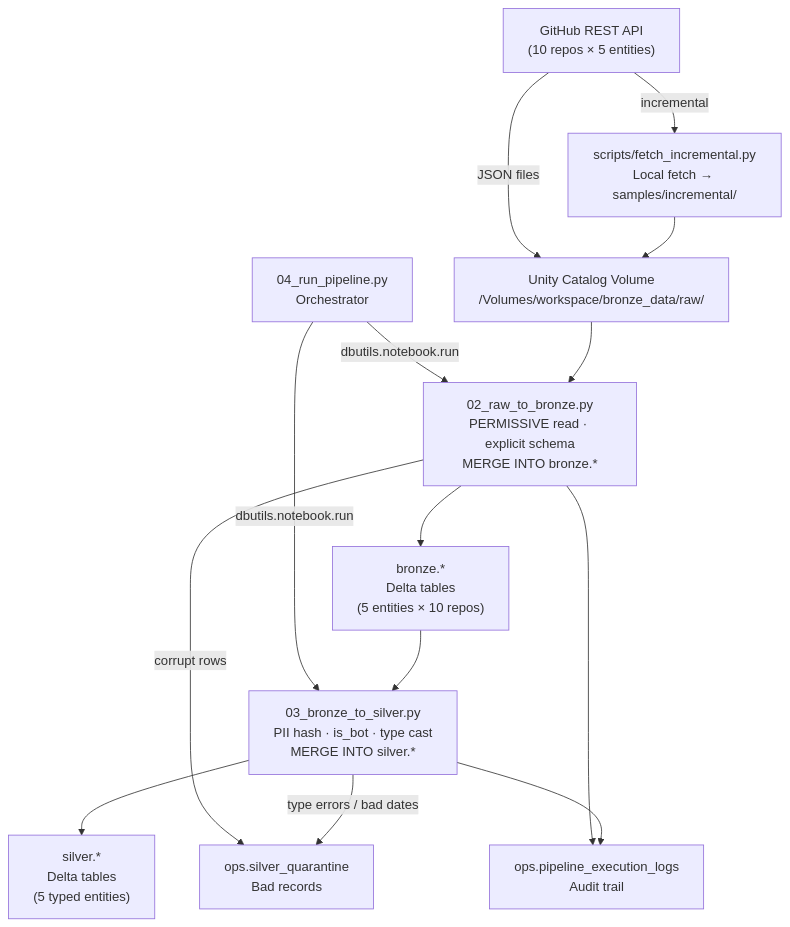
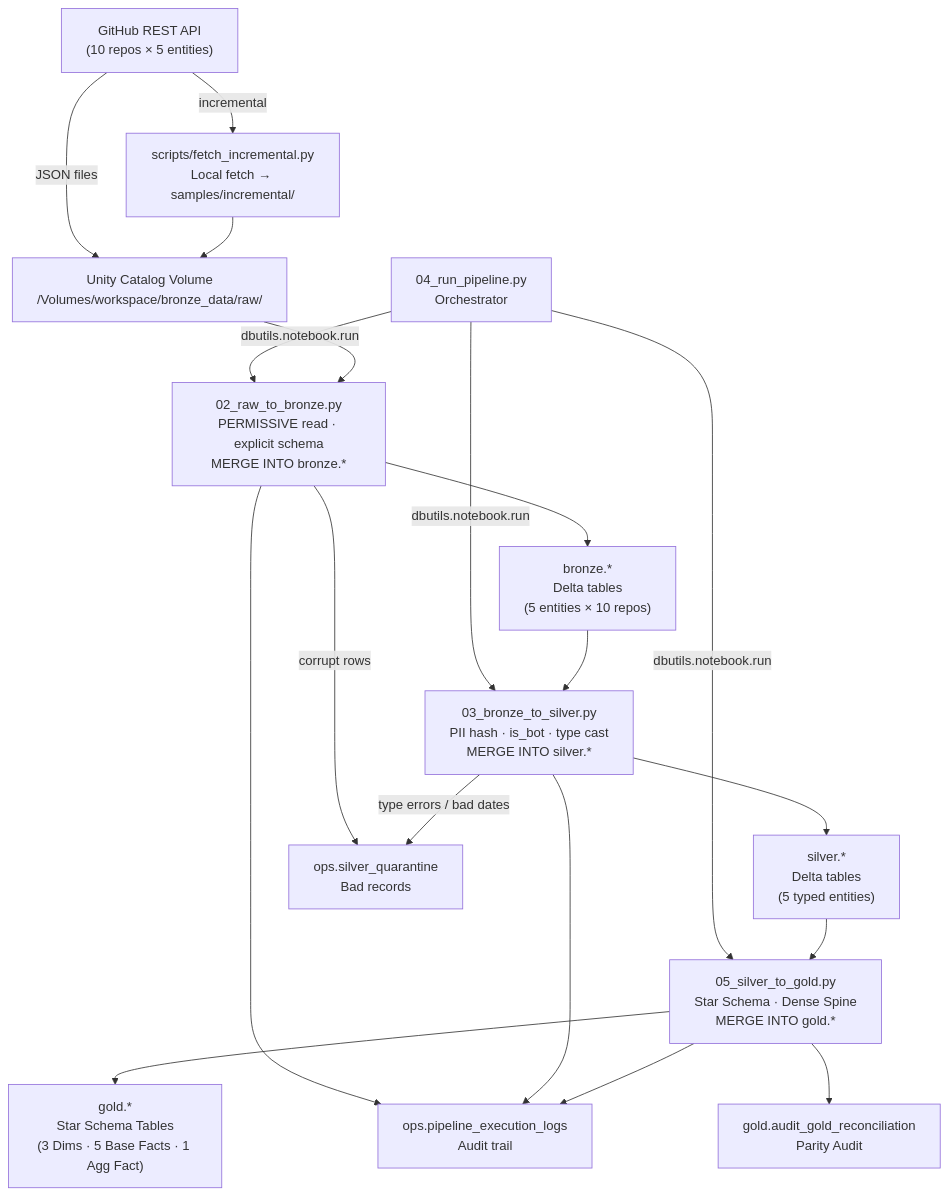
One commit to Safesearcher/dav-database-trends changed the diagram in README.md. Above: the diagram before and after it, drawn with Mermaid. The commit also changed other lines of this file and 9 other files, not shown here.

Commit message:
docs(gold): add Gold data dictionary, architectural decision notes, FinOps queries, Power BI handoff, and checklist updates

````diff
--- a/README.md
+++ b/README.md
@@ -59,22 +63,27 @@
 ```mermaid
 flowchart TD
     GH["GitHub REST API\n(10 repos × 5 entities)"]
     FI["scripts/fetch_incremental.py\nLocal fetch → samples/incremental/"]
     VOL["Unity Catalog Volume\n/Volumes/workspace/bronze_data/raw/"]
     B02["02_raw_to_bronze.py\nPERMISSIVE read · explicit schema\nMERGE INTO bronze.*"]
     B03["03_bronze_to_silver.py\nPII hash · is_bot · type cast\nMERGE INTO silver.*"]
+    B05["05_silver_to_gold.py\nStar Schema · Dense Spine\nMERGE INTO gold.*"]
     BRONZE["bronze.*\nDelta tables\n(5 entities × 10 repos)"]
     SILVER["silver.*\nDelta tables\n(5 typed entities)"]
+    GOLD["gold.*\nStar Schema Tables\n(3 Dims · 5 Base Facts · 1 Agg Fact)"]
     QUAR["ops.silver_quarantine\nBad records"]
     LOGS["ops.pipeline_execution_logs\nAudit trail"]
+    RECON["gold.audit_gold_reconciliation\nParity Audit"]
     B04["04_run_pipeline.py\nOrchestrator"]
 
     GH -->|"JSON files"| VOL
     GH -->|incremental| FI --> VOL
     B04 -->|dbutils.notebook.run| B02
     B04 -->|dbutils.notebook.run| B03
-    VOL --> B02 --> BRONZE --> B03 --> SILVER
+    B04 -->|dbutils.notebook.run| B05
+    VOL --> B02 --> BRONZE --> B03 --> SILVER --> B05 --> GOLD
     B02 -->|corrupt rows| QUAR
     B03 -->|type errors / bad dates| QUAR
-    B02 & B03 --> LOGS
+    B02 & B03 & B05 --> LOGS
+    B05 --> RECON
 ```
````
